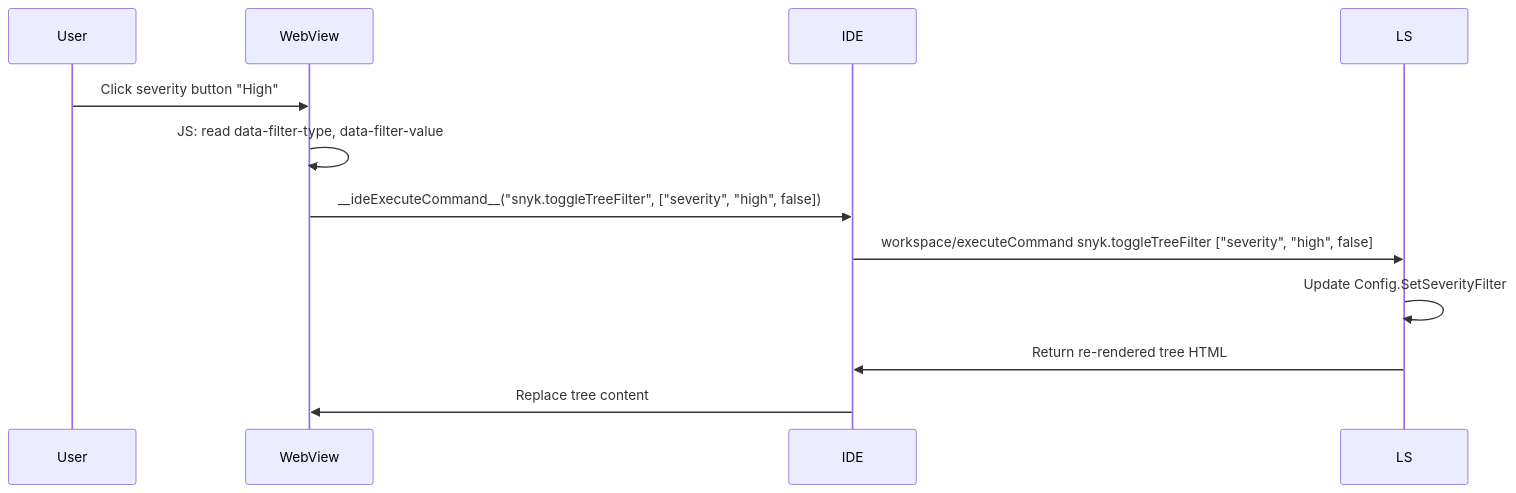
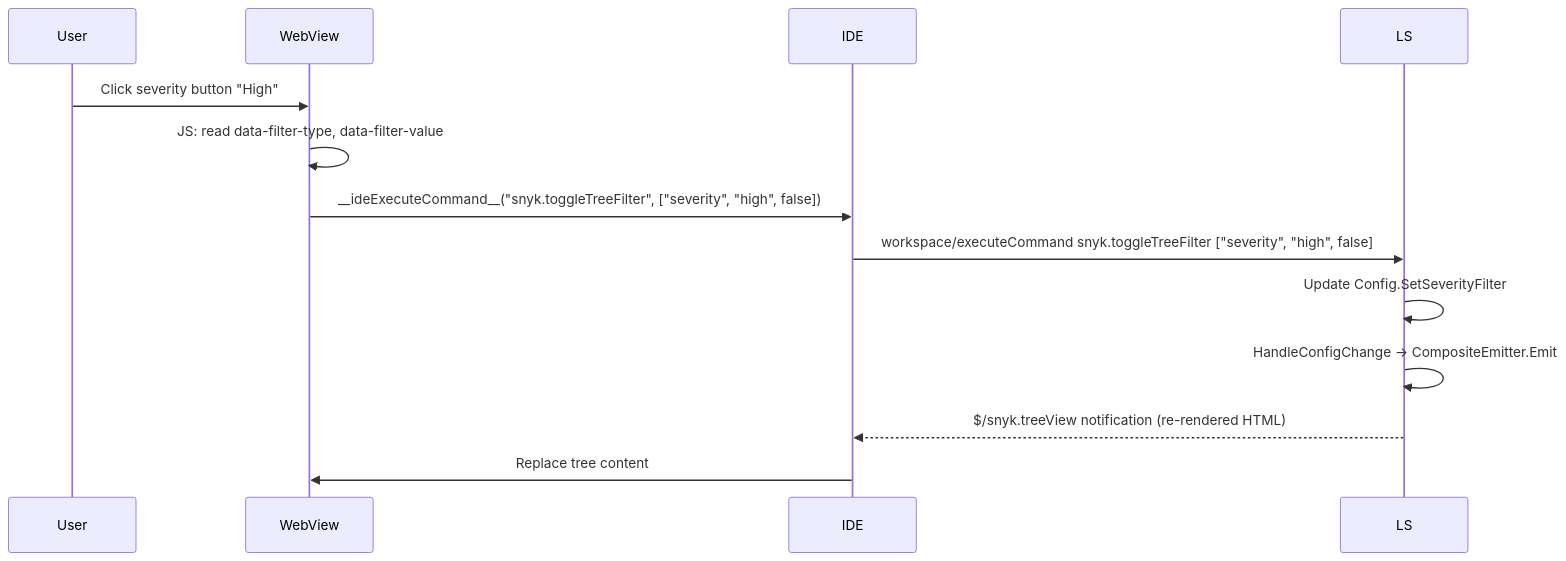
One commit to snyk/snyk-ls changed the second of 3 diagrams in docs/tree-view.md. Above: the diagram before and after it, drawn with Mermaid. The commit also changed other lines of this file and 23 other files, not shown here.

````diff
--- a/docs/tree-view.md
+++ b/docs/tree-view.md
@@ -124,15 +137,16 @@
 ```mermaid
 sequenceDiagram
     participant User
     participant WebView
     participant IDE
     participant LS
 
     User->>WebView: Click severity button "High"
     WebView->>WebView: JS: read data-filter-type, data-filter-value
     WebView->>IDE: __ideExecuteCommand__("snyk.toggleTreeFilter", ["severity", "high", false])
     IDE->>LS: workspace/executeCommand snyk.toggleTreeFilter ["severity", "high", false]
     LS->>LS: Update Config.SetSeverityFilter
-    LS->>IDE: Return re-rendered tree HTML
+    LS->>LS: HandleConfigChange → CompositeEmitter.Emit
+    LS-->>IDE: $/snyk.treeView notification (re-rendered HTML)
     IDE->>WebView: Replace tree content
 ```
````
